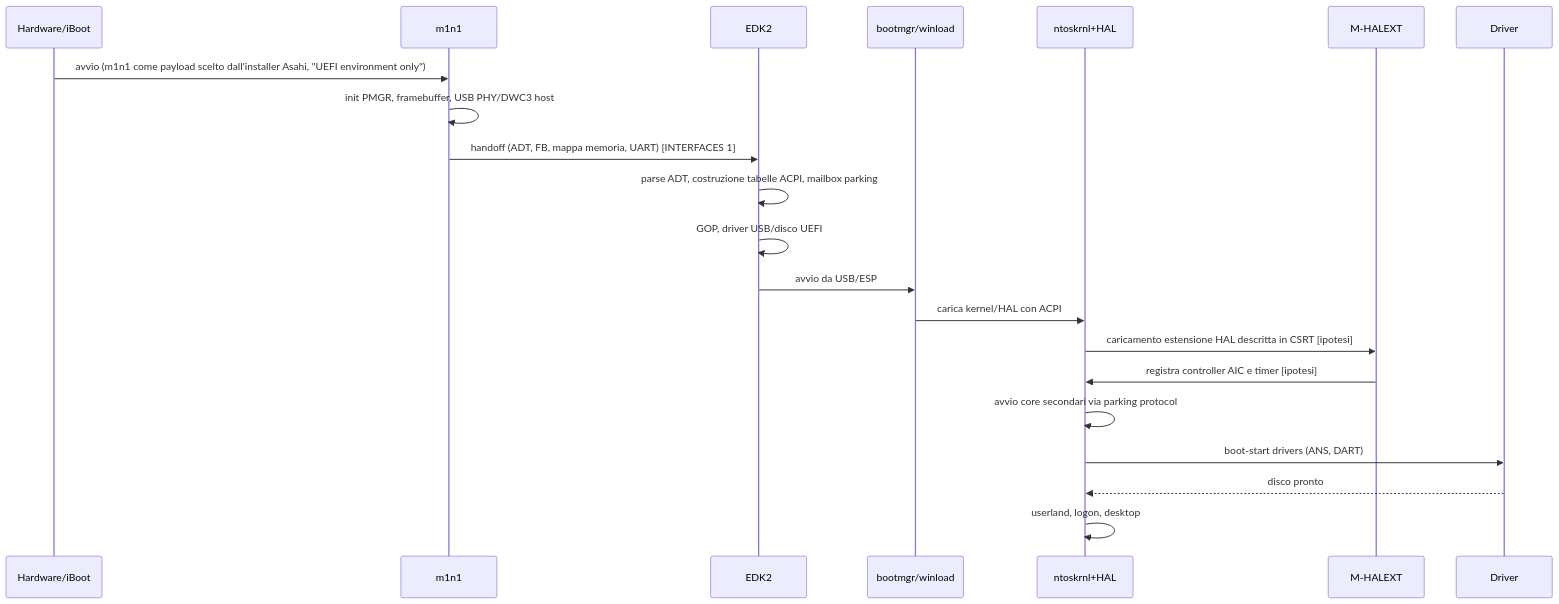
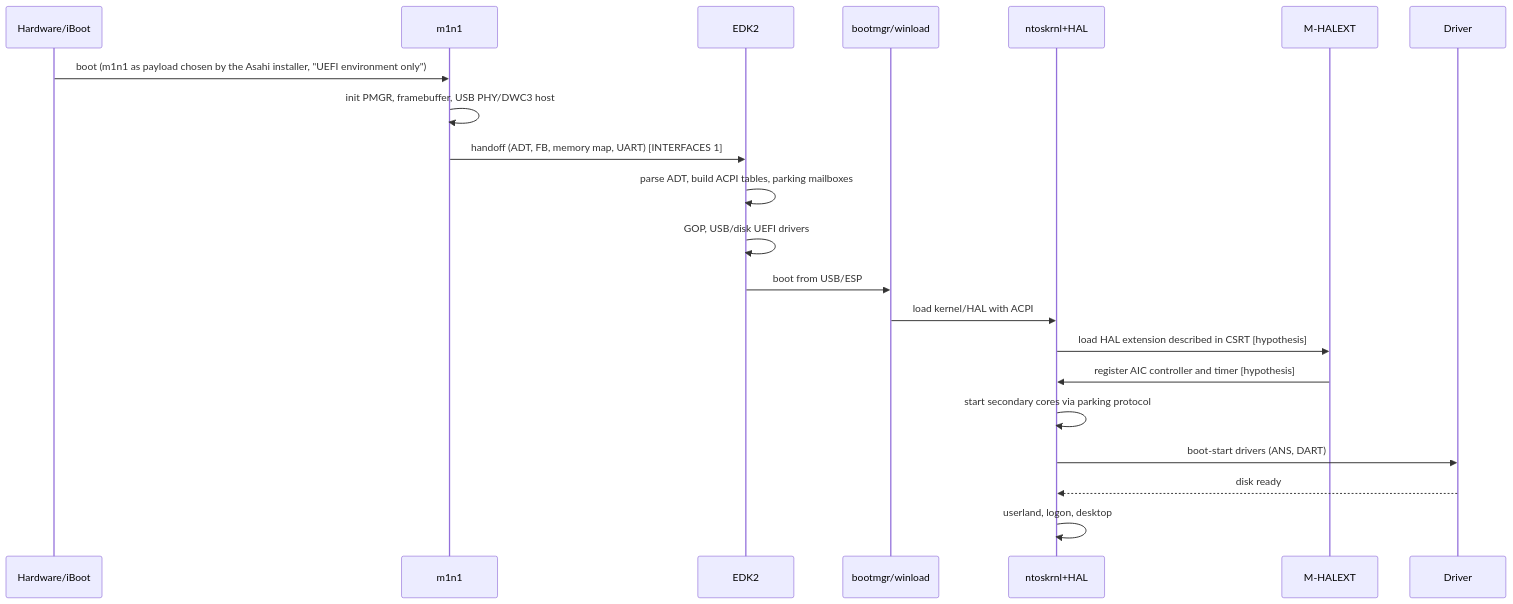
Before and after one commit to ZonatedCord/WatariBoot: the fourth of 5 diagrams in docs/design/watariboot/ARCHITECTURE.md, drawn with Mermaid. The commit also changed other lines of this file and 92 other files, not shown here.

````diff
--- a/docs/design/watariboot/ARCHITECTURE.md
+++ b/docs/design/watariboot/ARCHITECTURE.md
@@ -91,23 +91,23 @@
 ```mermaid
 sequenceDiagram
   participant HW as Hardware/iBoot
   participant M as m1n1
   participant E as EDK2
   participant W as bootmgr/winload
   participant K as ntoskrnl+HAL
   participant X as M-HALEXT
   participant D as Driver
-  HW->>M: avvio (m1n1 come payload scelto dall'installer Asahi, "UEFI environment only")
+  HW->>M: boot (m1n1 as payload chosen by the Asahi installer, "UEFI environment only")
   M->>M: init PMGR, framebuffer, USB PHY/DWC3 host
-  M->>E: handoff (ADT, FB, mappa memoria, UART) [INTERFACES 1]
-  E->>E: parse ADT, costruzione tabelle ACPI, mailbox parking
-  E->>E: GOP, driver USB/disco UEFI
-  E->>W: avvio da USB/ESP
-  W->>K: carica kernel/HAL con ACPI
-  K->>X: caricamento estensione HAL descritta in CSRT [ipotesi]
-  X->>K: registra controller AIC e timer [ipotesi]
-  K->>K: avvio core secondari via parking protocol
+  M->>E: handoff (ADT, FB, memory map, UART) [INTERFACES 1]
+  E->>E: parse ADT, build ACPI tables, parking mailboxes
+  E->>E: GOP, USB/disk UEFI drivers
+  E->>W: boot from USB/ESP
+  W->>K: load kernel/HAL with ACPI
+  K->>X: load HAL extension described in CSRT [hypothesis]
+  X->>K: register AIC controller and timer [hypothesis]
+  K->>K: start secondary cores via parking protocol
   K->>D: boot-start drivers (ANS, DART)
-  D-->>K: disco pronto
+  D-->>K: disk ready
   K->>K: userland, logon, desktop
 ```
````
